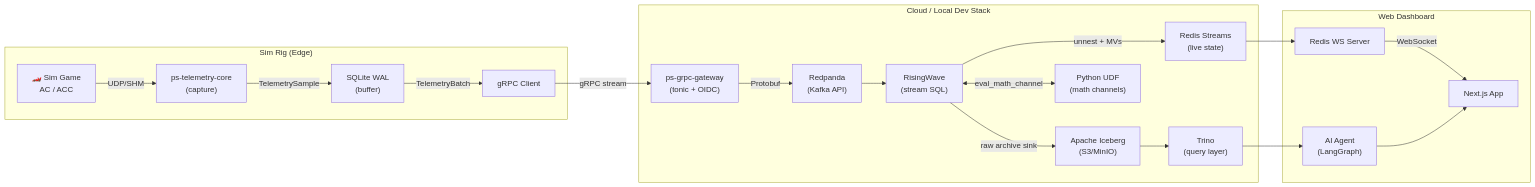
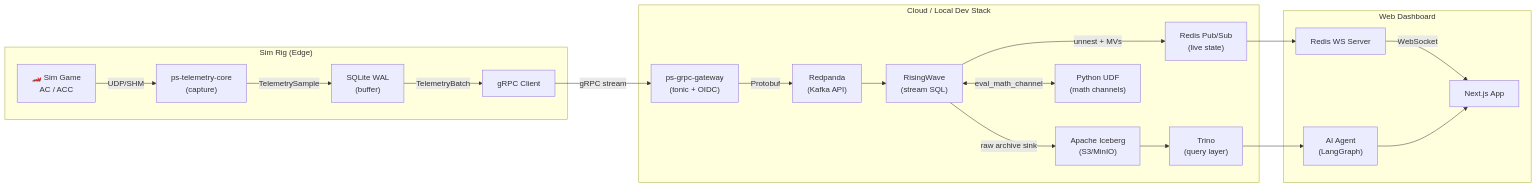
One commit to chrismarth/PurpleSector changed the first of 5 diagrams in docs/CLOUD_PIPELINE.md. Above: the diagram before and after it, drawn with Mermaid. The commit also changed other lines of this file and 179 other files, not shown here.

````diff
--- a/docs/CLOUD_PIPELINE.md
+++ b/docs/CLOUD_PIPELINE.md
@@ -15,40 +15,40 @@
 ```mermaid
 flowchart LR
     subgraph Edge["Sim Rig (Edge)"]
         SIM["🏎️ Sim Game<br/>AC / ACC"]
         CAP["ps-telemetry-core<br/>(capture)"]
         WAL["SQLite WAL<br/>(buffer)"]
         GRPC_C["gRPC Client"]
     end
 
     subgraph Cloud["Cloud / Local Dev Stack"]
         GW["ps-grpc-gateway<br/>(tonic + OIDC)"]
         RP["Redpanda<br/>(Kafka API)"]
         RW["RisingWave<br/>(stream SQL)"]
-        REDIS["Redis Streams<br/>(live state)"]
+        REDIS["Redis Pub/Sub<br/>(live state)"]
         ICE["Apache Iceberg<br/>(S3/MinIO)"]
         TRINO["Trino<br/>(query layer)"]
         UDF["Python UDF<br/>(math channels)"]
     end
 
     subgraph UI["Web Dashboard"]
         WS["Redis WS Server"]
         NEXT["Next.js App"]
         AGENT["AI Agent<br/>(LangGraph)"]
     end
 
     SIM -->|UDP/SHM| CAP
     CAP -->|TelemetrySample| WAL
     WAL -->|TelemetryBatch| GRPC_C
     GRPC_C -->|gRPC stream| GW
     GW -->|Protobuf| RP
     RP --> RW
     RW -->|unnest + MVs| REDIS
     RW -->|raw archive sink| ICE
     RW <-->|eval_math_channel| UDF
     REDIS --> WS
     WS -->|WebSocket| NEXT
     ICE --> TRINO
     TRINO --> AGENT
     AGENT --> NEXT
 ```
````
